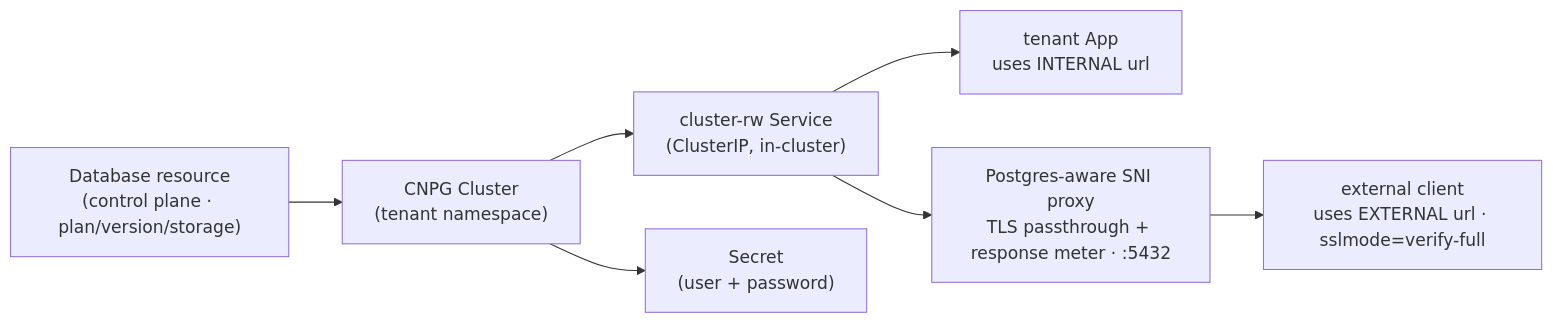
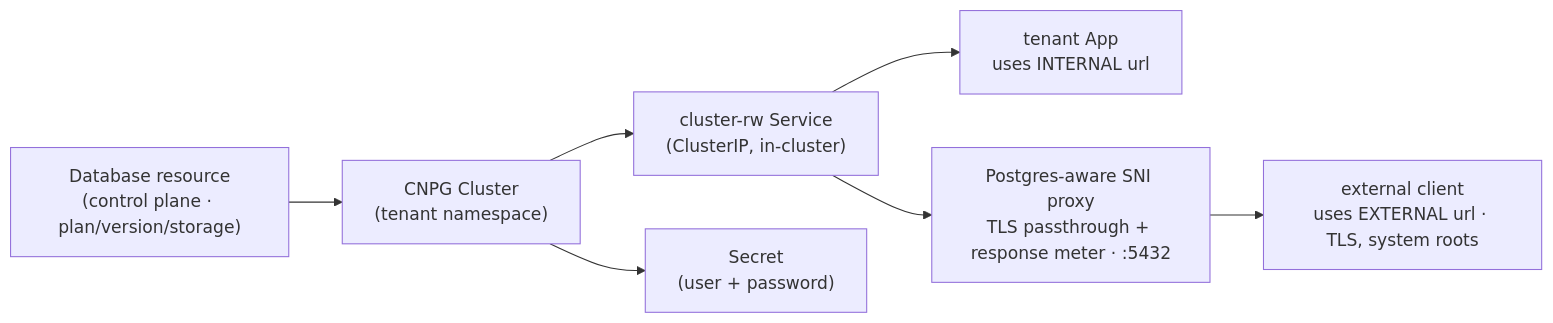
The diagram in docs/ADR009-postgresql-management.md (bex-co/bex), drawn with Mermaid before and after one commit. The commit also changed other lines of this file and 4 other files, not shown here.

````diff
--- a/docs/ADR009-postgresql-management.md
+++ b/docs/ADR009-postgresql-management.md
@@ -33,9 +33,9 @@
 ```mermaid
 flowchart LR
   db["Database resource<br/>(control plane · plan/version/storage)"] --> cnpg["CNPG Cluster<br/>(tenant namespace)"]
   cnpg --> svc["cluster-rw Service<br/>(ClusterIP, in-cluster)"]
   cnpg --> sec["Secret<br/>(user + password)"]
   svc --> appx["tenant App<br/>uses INTERNAL url"]
   svc --> tcp["Postgres-aware SNI proxy<br/>TLS passthrough + response meter · :5432"]
-  tcp --> ext["external client<br/>uses EXTERNAL url · sslmode=verify-full"]
+  tcp --> ext["external client<br/>uses EXTERNAL url · TLS, system roots"]
 ```
````
